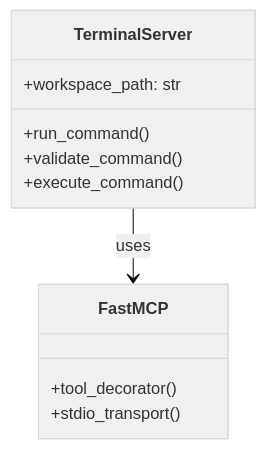
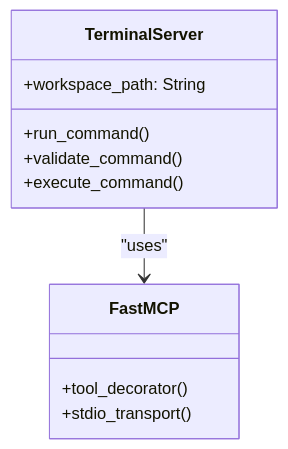
Before and after one commit to Techiral/mcp: the fourth of 4 diagrams in README.md, drawn with Mermaid. The commit also changed other lines of this file, not shown here.

````diff
--- a/README.md
+++ b/README.md
@@ -134,15 +141,14 @@
 ```mermaid
-%%{init: {'theme': 'base', 'themeVariables': { 'primaryColor': '#f0f0f0', 'nodeTextColor': '#333', 'edgeLabelBackground': '#fff'}}}%%
 classDiagram
     class TerminalServer {
-        +workspace_path: str
+        +workspace_path: String
         +run_command()
         +validate_command()
         +execute_command()
     }
+    TerminalServer --> FastMCP : "uses"
     class FastMCP {
         +tool_decorator()
         +stdio_transport()
     }
-    TerminalServer --> FastMCP : uses
 ```
````
